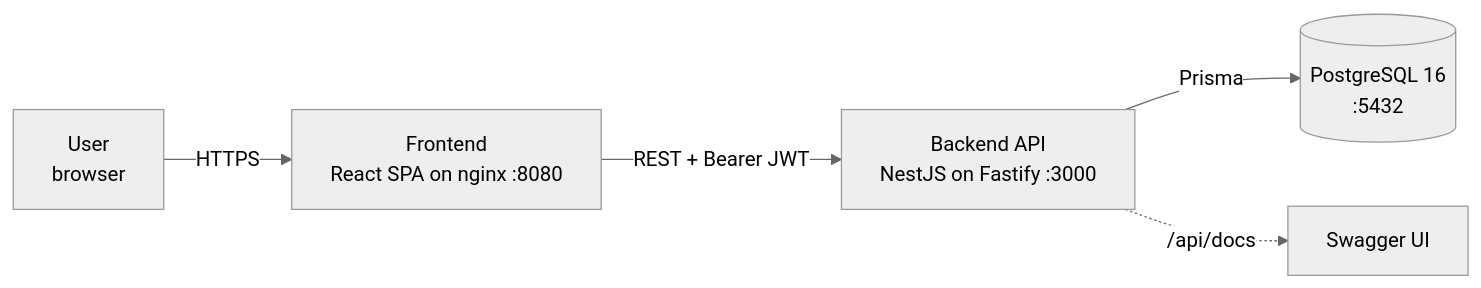
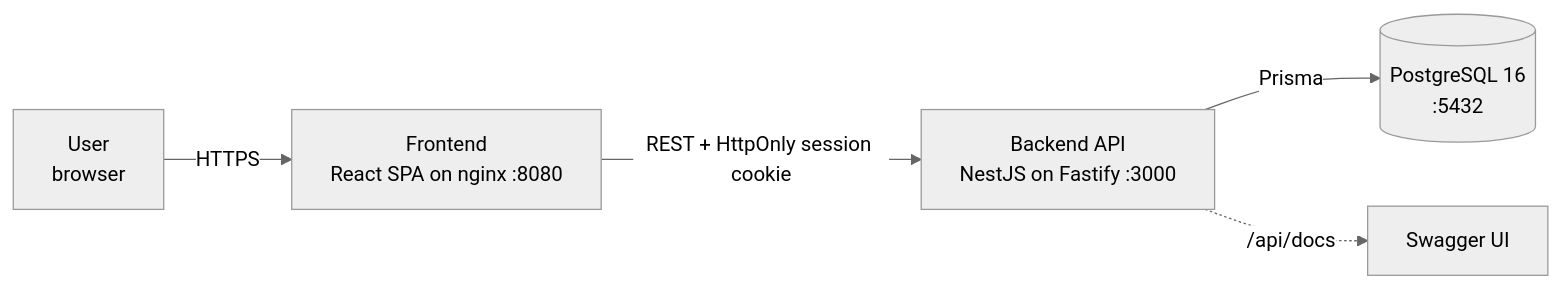
The first of 3 diagrams in docs/ARCHITECTURE.md (tuandang-mns/simple-invoice), drawn with Mermaid (neutral theme) before and after one commit. The commit also changed other lines of this file and 36 other files, not shown here.

First line of the commit message:
feat(auth): HttpOnly cookie sessions with server-side revocation

````diff
--- a/docs/ARCHITECTURE.md
+++ b/docs/ARCHITECTURE.md
@@ -8,7 +8,7 @@
 ```mermaid
 flowchart LR
   U[User<br/>browser] -->|HTTPS| FE[Frontend<br/>React SPA on nginx :8080]
-  FE -->|REST + Bearer JWT| BE[Backend API<br/>NestJS on Fastify :3000]
+  FE -->|REST + HttpOnly session cookie| BE[Backend API<br/>NestJS on Fastify :3000]
   BE -->|Prisma| DB[(PostgreSQL 16<br/>:5432)]
   BE -.->|/api/docs| SW[Swagger UI]
 ```
````
